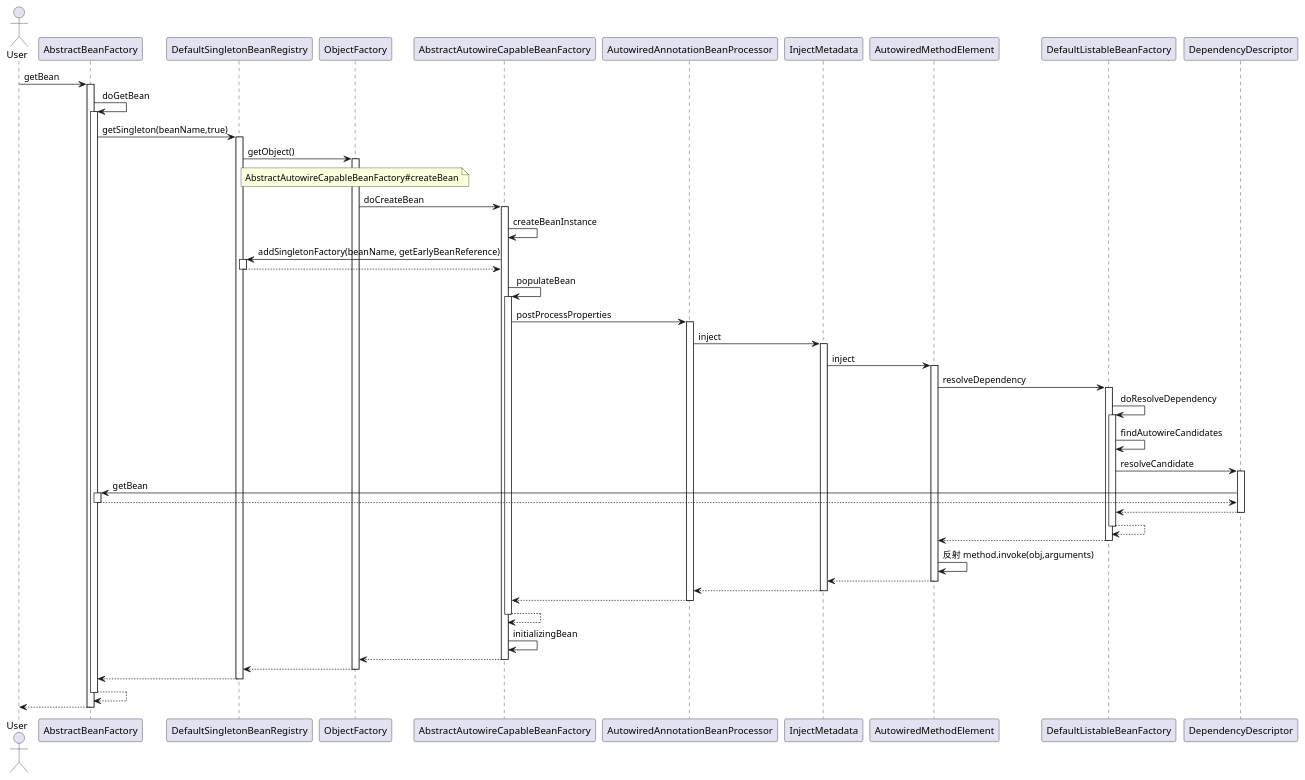
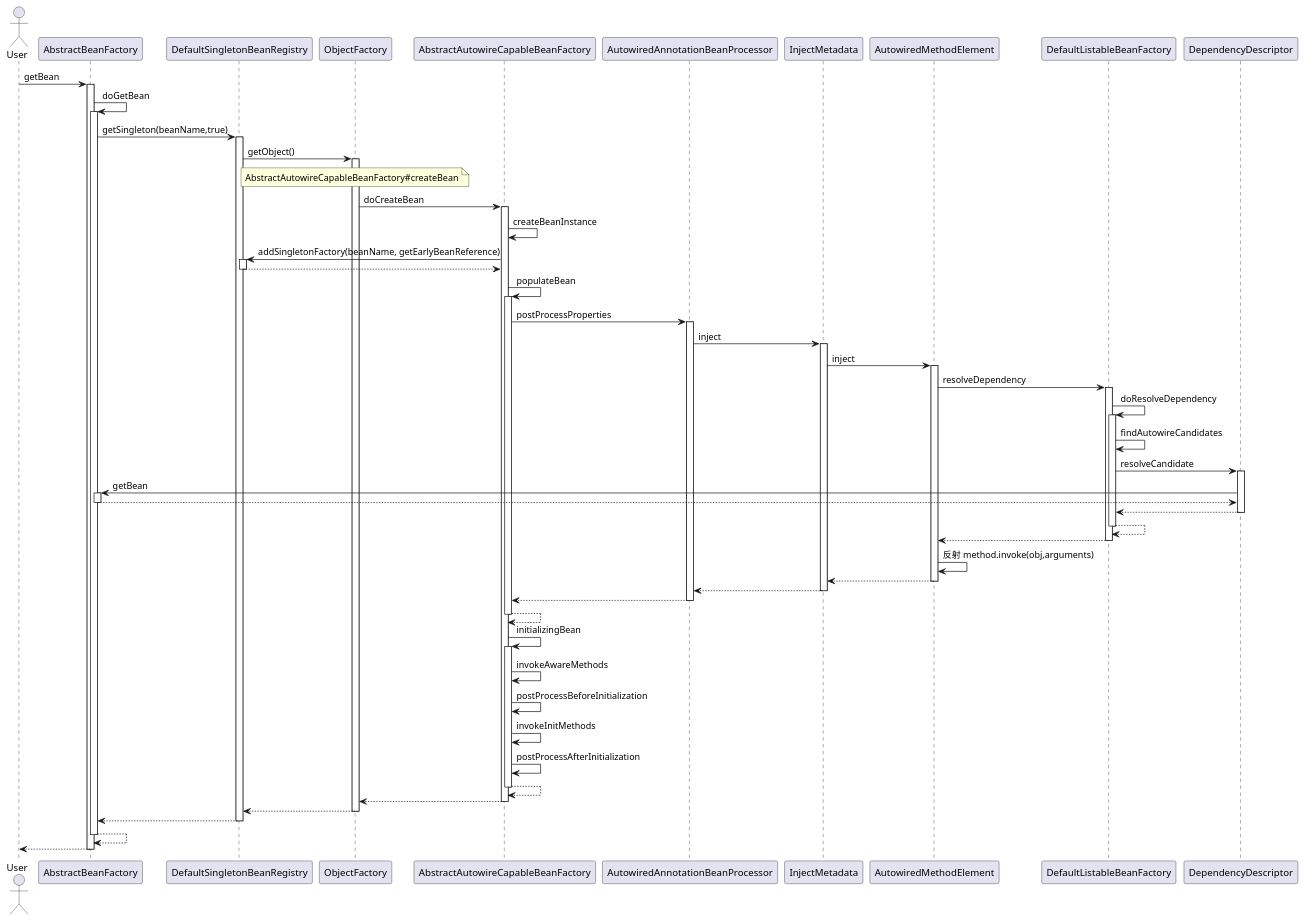
The diagram in doc/bean/sequence/circular-reference-autowired-setter.puml (bingowangzhb/springframework-samples), drawn with PlantUML before and after one commit. The commit also changed 13 other files, not shown here.

```diff
--- a/doc/bean/sequence/circular-reference-autowired-setter.puml
+++ b/doc/bean/sequence/circular-reference-autowired-setter.puml
@@ -1,45 +1,50 @@
 @startuml
 actor User as User
 participant AbstractBeanFactory as A
 participant DefaultSingletonBeanRegistry as B
 participant ObjectFactory as C
 participant AbstractAutowireCapableBeanFactory as D
 participant AutowiredAnnotationBeanProcessor as E
 participant InjectMetadata as F
 participant AutowiredMethodElement as G
 participant DefaultListableBeanFactory as H
 participant DependencyDescriptor as I
 User -> A ++ : getBean
     A -> A ++ : doGetBean
         A -> B ++ : getSingleton(beanName,true)
             B -> C ++ : getObject()
                 note over C: AbstractAutowireCapableBeanFactory#createBean
                 C -> D ++ : doCreateBean
                     D -> D : createBeanInstance
                     D -> B ++ : addSingletonFactory(beanName, getEarlyBeanReference)
                     return
                     D -> D ++ : populateBean
                         D -> E ++ : postProcessProperties
                             E -> F ++ : inject
                                 F -> G ++ : inject
                                     G -> H ++ : resolveDependency
                                         H -> H ++ : doResolveDependency
                                             H -> H : findAutowireCandidates
                                             H -> I ++ : resolveCandidate
                                               I -> A ++ : getBean
                                               return
                                             return
                                         return
                                     return
                                     G -> G : 反射 method.invoke(obj,arguments)
                                 return
                             return
                         return
                     return
-                    D -> D : initializingBean
+                    D -> D ++ : initializingBean
+                        D -> D : invokeAwareMethods
+                        D -> D : postProcessBeforeInitialization
+                        D -> D : invokeInitMethods
+                        D -> D : postProcessAfterInitialization
+                    return
                 return
             return
         return
     return
 return
 @enduml
```
